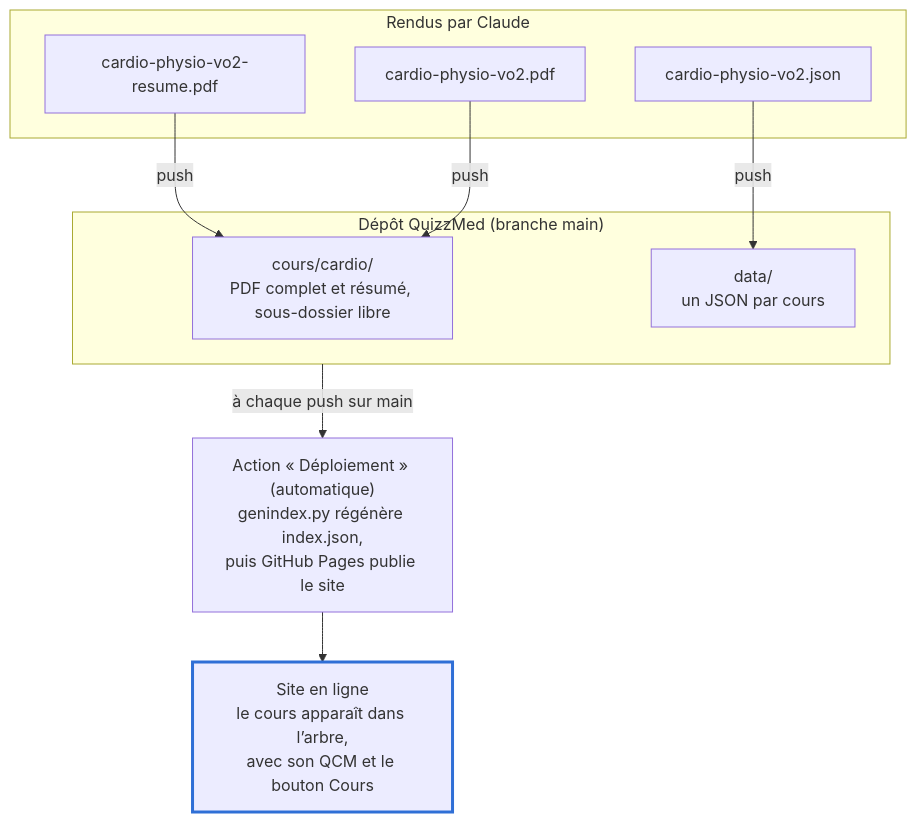
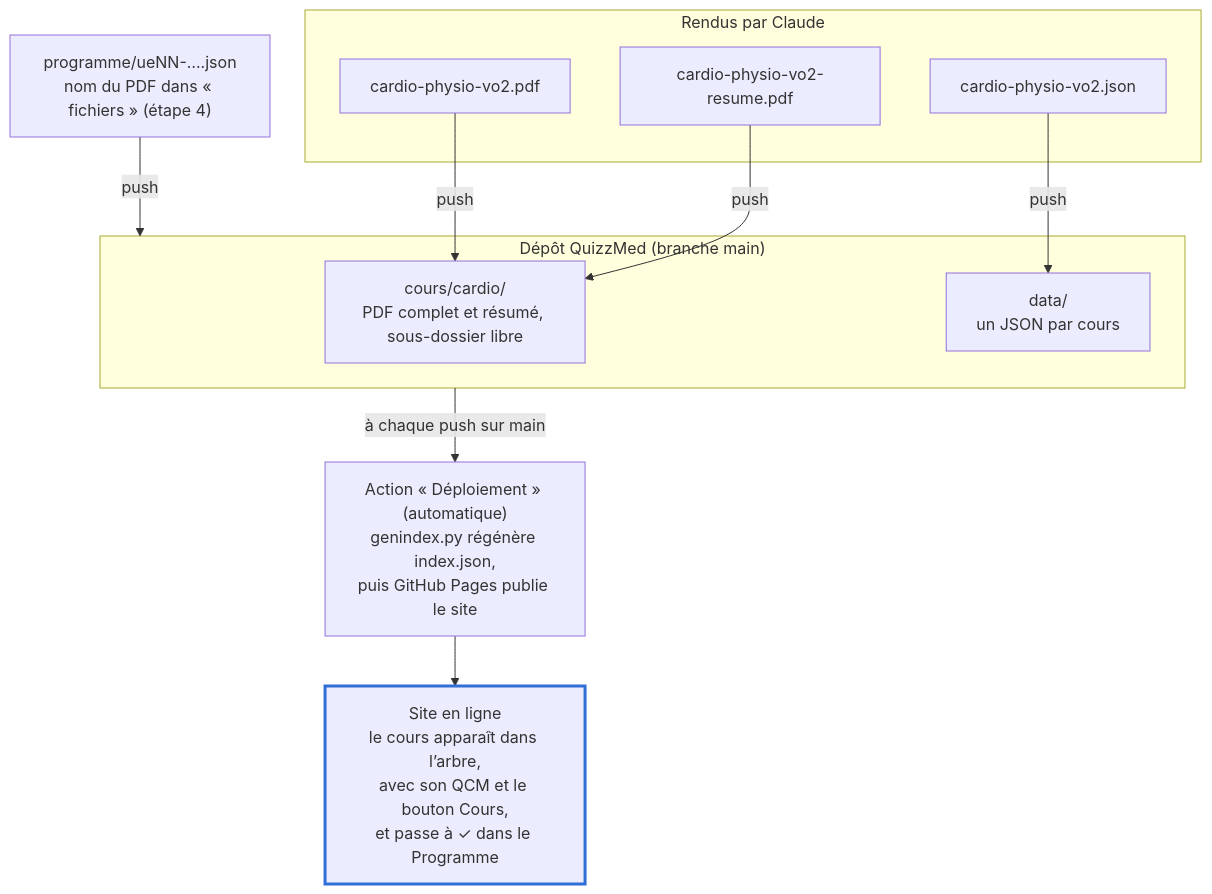
Before and after one commit to ValentinStudMedRennes/QuizzMed: the second of 2 diagrams in README.md, drawn with Mermaid. The commit also changed other lines of this file and 3 other files, not shown here.

````diff
--- a/README.md
+++ b/README.md
@@ -90,19 +91,20 @@
 ```mermaid
 flowchart TB
   subgraph V["Rendus par Claude"]
     R["cardio-physio-vo2-resume.pdf"]
     P["cardio-physio-vo2.pdf"]
     J["cardio-physio-vo2.json"]
   end
   subgraph G["Dépôt QuizzMed (branche main)"]
     C["cours/cardio/<br/>PDF complet et résumé, sous-dossier libre"]
     DA["data/<br/>un JSON par cours"]
   end
   R -- push --> C
   P -- push --> C
   J -- push --> DA
+  PR["programme/ueNN-….json<br/>nom du PDF dans « fichiers » (étape 4)"] -- push --> G
   G -- "à chaque push sur main" --> AC["Action « Déploiement » (automatique)<br/>genindex.py régénère index.json,<br/>puis GitHub Pages publie le site"]
-  AC --> S["Site en ligne<br/>le cours apparaît dans l’arbre,<br/>avec son QCM et le bouton Cours"]
+  AC --> S["Site en ligne<br/>le cours apparaît dans l’arbre,<br/>avec son QCM et le bouton Cours,<br/>et passe à ✓ dans le Programme"]
   classDef cle stroke:#2f6fd6,stroke-width:3px
   class S cle
 ```
````
